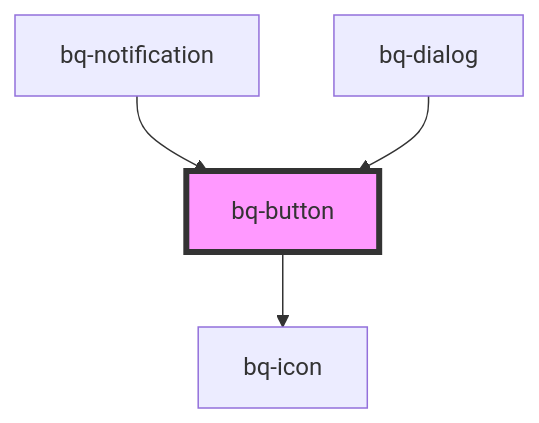
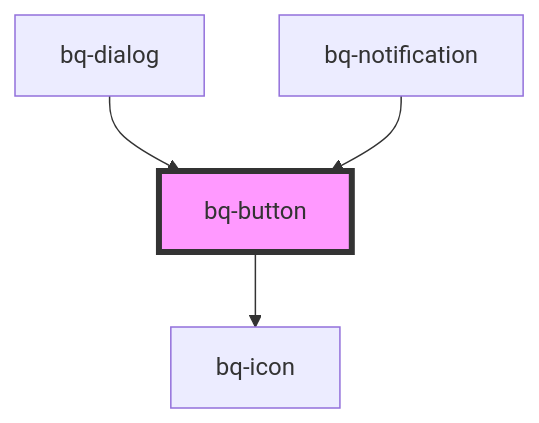
The diagram in packages/bee-q/src/components/button/readme.md (Endava/BEEQ), drawn with Mermaid before and after one commit. The commit also changed other lines of this file and 3 other files, not shown here.

````diff
--- a/packages/bee-q/src/components/button/readme.md
+++ b/packages/bee-q/src/components/button/readme.md
@@ -60,7 +60,7 @@
 ```mermaid
 graph TD;
   bq-button --> bq-icon
+  bq-dialog --> bq-button
   bq-notification --> bq-button
-  bq-dialog --> bq-button
   style bq-button fill:#f9f,stroke:#333,stroke-width:4px
 ```
````
